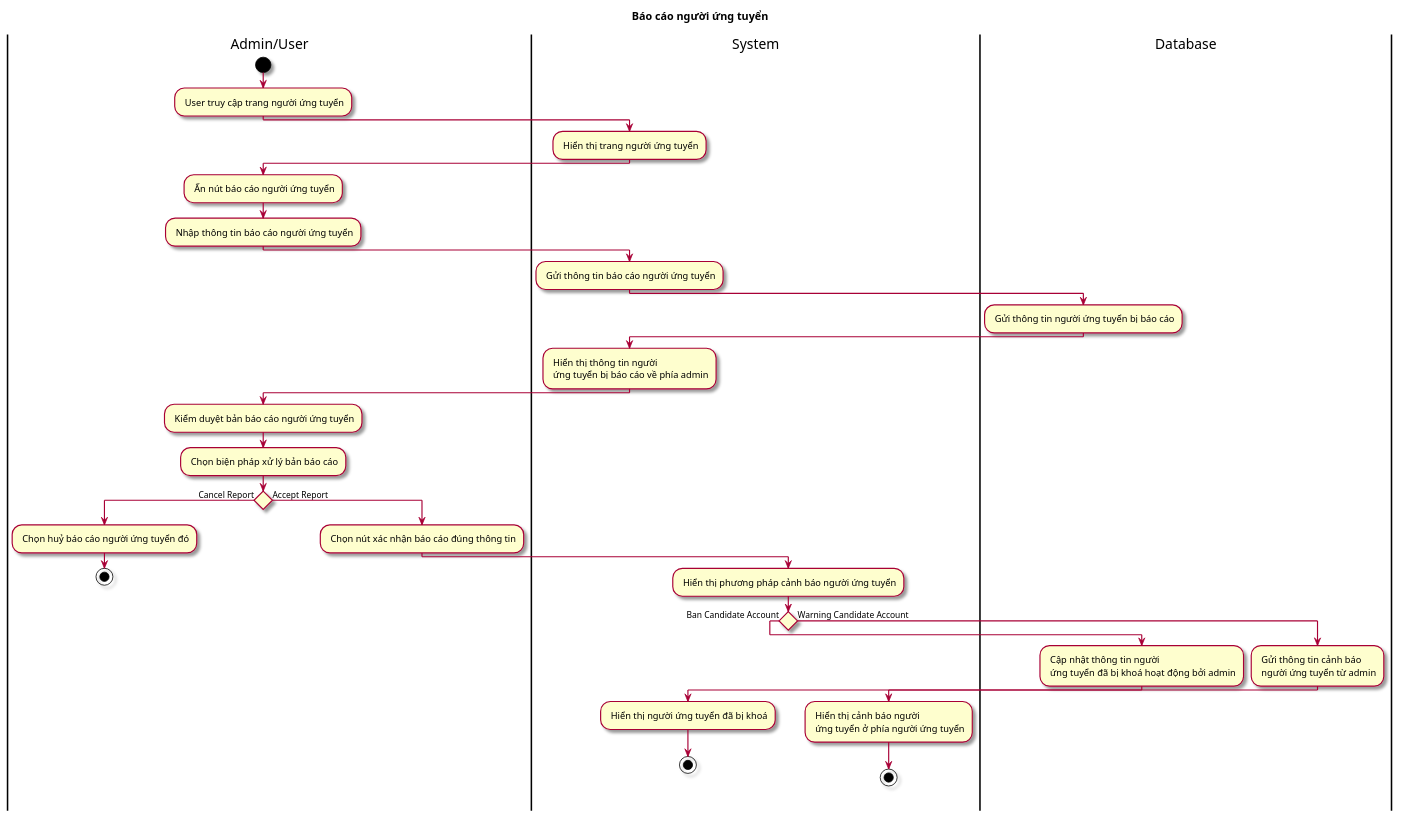
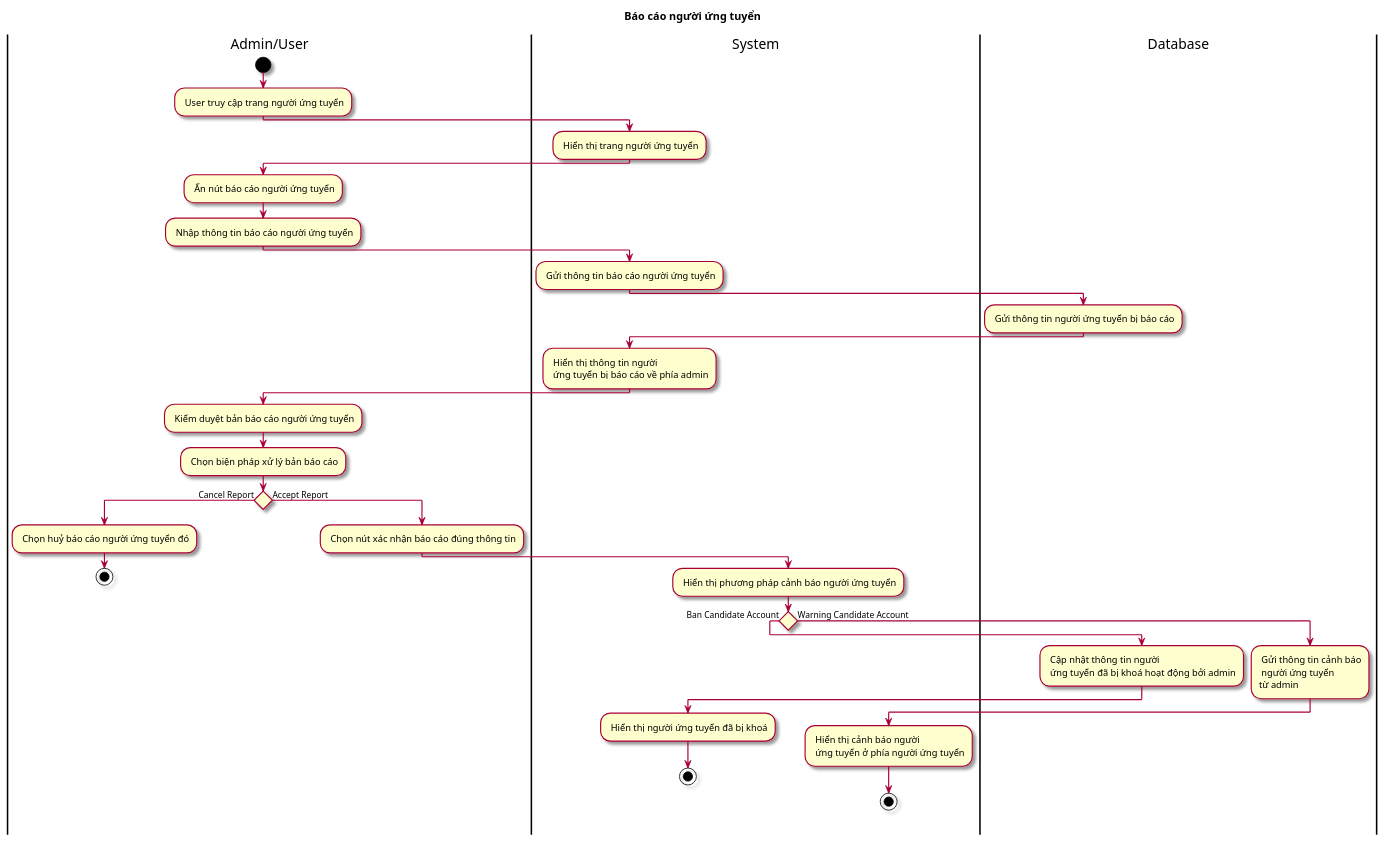
Before and after one commit to Griselda4774/EAS-EmploymentAssistanceSystem: the diagram in Lab1/Lab 1.2 Diagram/Activity/FileUML/4.3 ActBaoCaoNguoiUngTuyen.puml, drawn with PlantUML. The commit also changed 5 other files, not shown here.

```diff
--- a/Lab1/Lab 1.2 Diagram/Activity/FileUML/4.3 ActBaoCaoNguoiUngTuyen.puml
+++ b/Lab1/Lab 1.2 Diagram/Activity/FileUML/4.3 ActBaoCaoNguoiUngTuyen.puml
@@ -1,41 +1,41 @@
 @startuml ActBaoCaoBaiDang
 skin rose
 title Báo cáo người ứng tuyển
 |Admin/User|
 start
 : User truy cập trang người ứng tuyển;
 |System|
 : Hiển thị trang người ứng tuyển;
 |Admin/User|
 : Ấn nút báo cáo người ứng tuyển;
 : Nhập thông tin báo cáo người ứng tuyển;
 |System|
 : Gửi thông tin báo cáo người ứng tuyển;
 |Database|
 : Gửi thông tin người ứng tuyển bị báo cáo;
 |System|
 : Hiển thị thông tin người \n ứng tuyển bị báo cáo về phía admin;
 |Admin/User|
 : Kiểm duyệt bản báo cáo người ứng tuyển;
 : Chọn biện pháp xử lý bản báo cáo;
 if () then (Cancel Report)
 : Chọn huỷ báo cáo người ứng tuyển đó;
 stop
 else (Accept Report)
 : Chọn nút xác nhận báo cáo đúng thông tin;
 |System|
 : Hiển thị phương pháp cảnh báo người ứng tuyển;
 if () then (Ban Candidate Account)
 |Database|
 : Cập nhật thông tin người \n ứng tuyển đã bị khoá hoạt động bởi admin;
 |System|
 : Hiển thị người ứng tuyển đã bị khoá;
 stop
 else (Warning Candidate Account)
 |Database|
-: Gửi thông tin cảnh báo\n người ứng tuyển từ admin;
+: Gửi thông tin cảnh báo\n người ứng tuyển\ntừ admin;
 |System|
 : Hiển thị cảnh báo người \n ứng tuyển ở phía người ứng tuyển;
 stop
 
 @enduml
```
